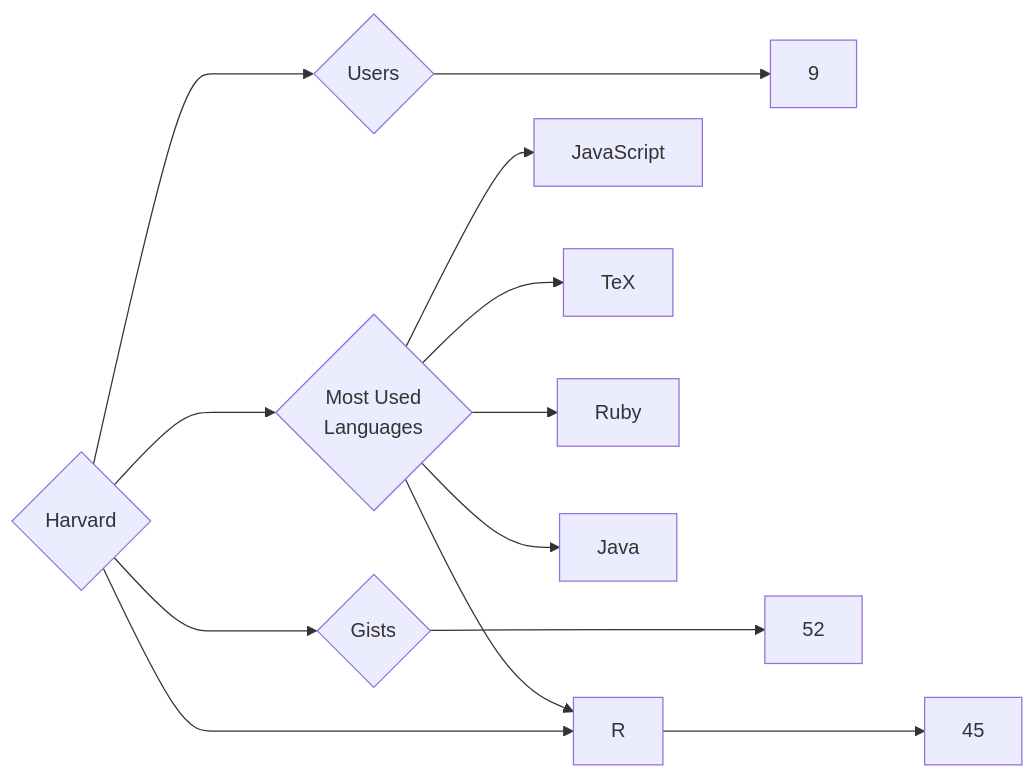
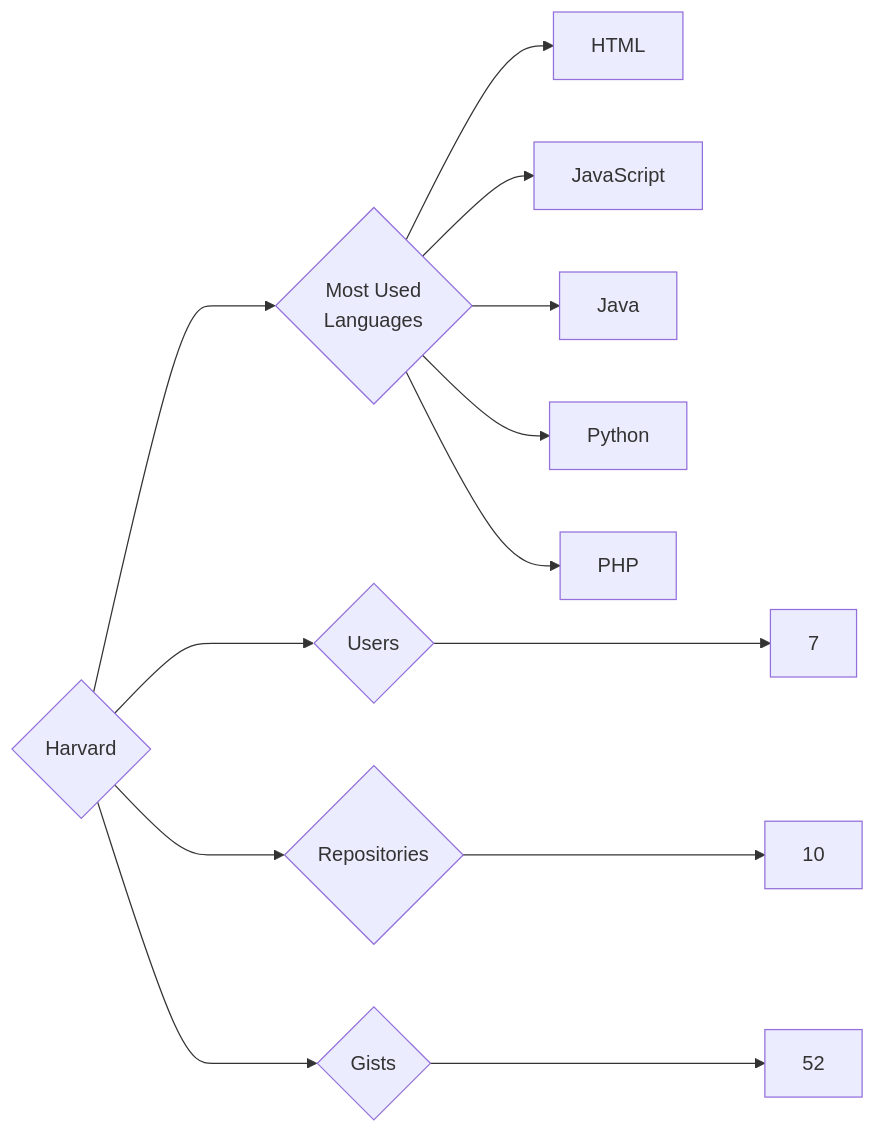
Before and after one commit to trickest/insiders: the diagram in targets/Harvard/README.md, drawn with Mermaid. The commit also changed 857 other files, not shown here.

````diff
--- a/targets/Harvard/README.md
+++ b/targets/Harvard/README.md
@@ -3,13 +3,13 @@
 ```mermaid
 graph LR
 COMPANY_NAME{Harvard}
-COMPANY_NAME ---> U{Users} ---> UN[9]
-COMPANY_NAME ---> R{Repositories} ---> RN[45]
+COMPANY_NAME ---> U{Users} ---> UN[7]
+COMPANY_NAME ---> R{Repositories} ---> RN[10]
 COMPANY_NAME ---> G{Gists} ---> GN[52]
 COMPANY_NAME ---> ML{Most Used<br>Languages}
+ML --> HTML[HTML]
 ML --> JavaScript[JavaScript]
-ML --> R[R]
-ML --> TeX[TeX]
-ML --> Ruby[Ruby]
 ML --> Java[Java]
+ML --> Python[Python]
+ML --> PHP[PHP]
 ```
````
